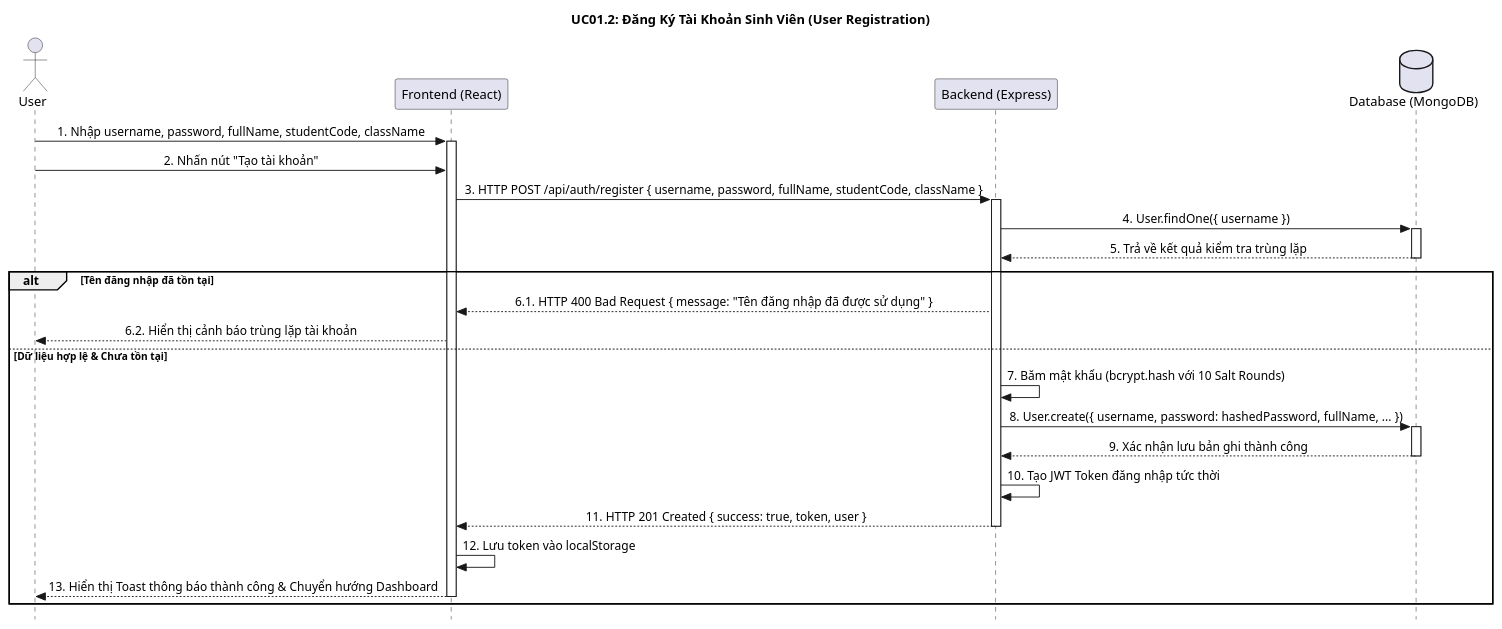
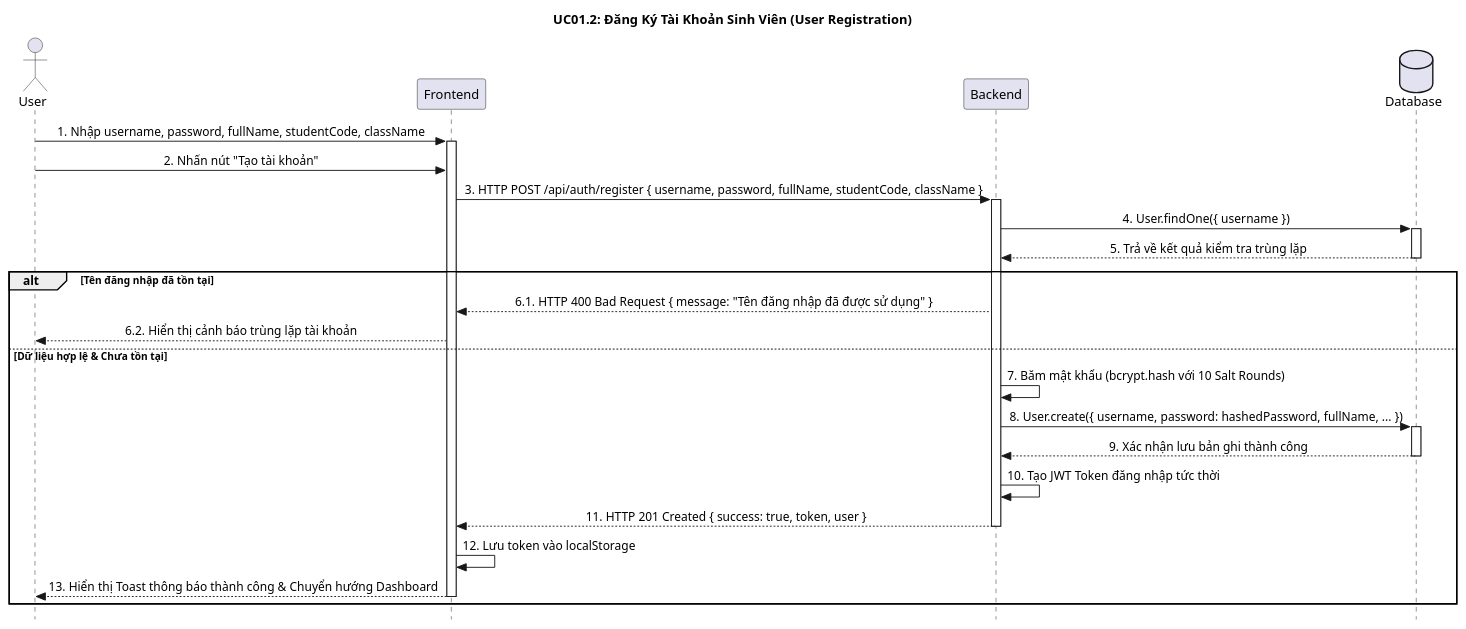
One commit to Rousingvan/IOT-HAIVAN-01 changed the second of 7 diagrams in report/PlantUML_Sequence_Diagrams.md. Above: the diagram before and after it, drawn with PlantUML. The commit also changed other lines of this file and 70 other files, not shown here.

````diff
--- a/report/PlantUML_Sequence_Diagrams.md
+++ b/report/PlantUML_Sequence_Diagrams.md
@@ -50,40 +50,40 @@
 ```plantuml
 @startuml UC01_2_Register
 skinparam style strictuml
 skinparam sequenceMessageAlign center
 
 title UC01.2: Đăng Ký Tài Khoản Sinh Viên (User Registration)
 
 actor "User" as User
-participant "Frontend (React)" as FE
-participant "Backend (Express)" as BE
-database "Database (MongoDB)" as DB
+participant "Frontend" as FE
+participant "Backend" as BE
+database "Database" as DB
 
 User -> FE: 1. Nhập username, password, fullName, studentCode, className
 activate FE
 User -> FE: 2. Nhấn nút "Tạo tài khoản"
 FE -> BE: 3. HTTP POST /api/auth/register { username, password, fullName, studentCode, className }
 activate BE
 BE -> DB: 4. User.findOne({ username })
 activate DB
 DB --> BE: 5. Trả về kết quả kiểm tra trùng lặp
 deactivate DB
 
 alt Tên đăng nhập đã tồn tại
     BE --> FE: 6.1. HTTP 400 Bad Request { message: "Tên đăng nhập đã được sử dụng" }
     FE --> User: 6.2. Hiển thị cảnh báo trùng lặp tài khoản
 else Dữ liệu hợp lệ & Chưa tồn tại
     BE -> BE: 7. Băm mật khẩu (bcrypt.hash với 10 Salt Rounds)
     BE -> DB: 8. User.create({ username, password: hashedPassword, fullName, ... })
     activate DB
     DB --> BE: 9. Xác nhận lưu bản ghi thành công
     deactivate DB
     BE -> BE: 10. Tạo JWT Token đăng nhập tức thời
     BE --> FE: 11. HTTP 201 Created { success: true, token, user }
     deactivate BE
     FE -> FE: 12. Lưu token vào localStorage
     FE --> User: 13. Hiển thị Toast thông báo thành công & Chuyển hướng Dashboard
     deactivate FE
 end
 @enduml
 ```
````
